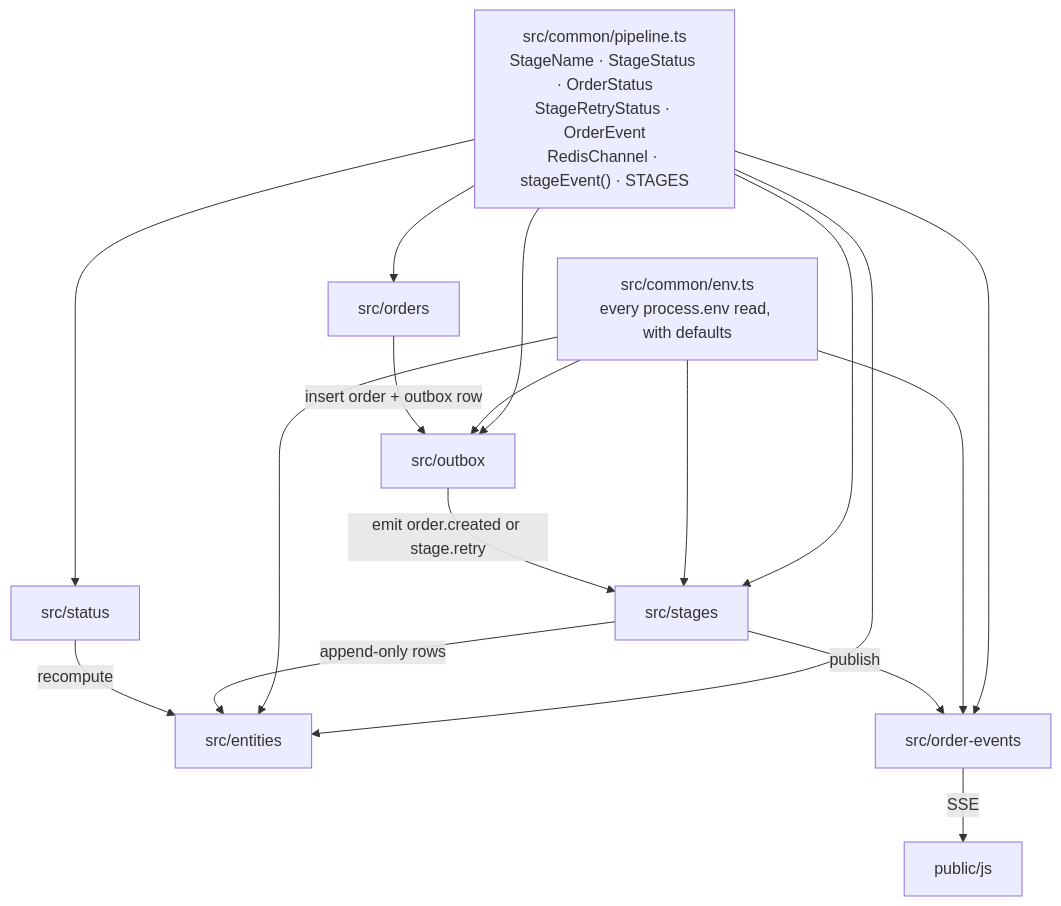
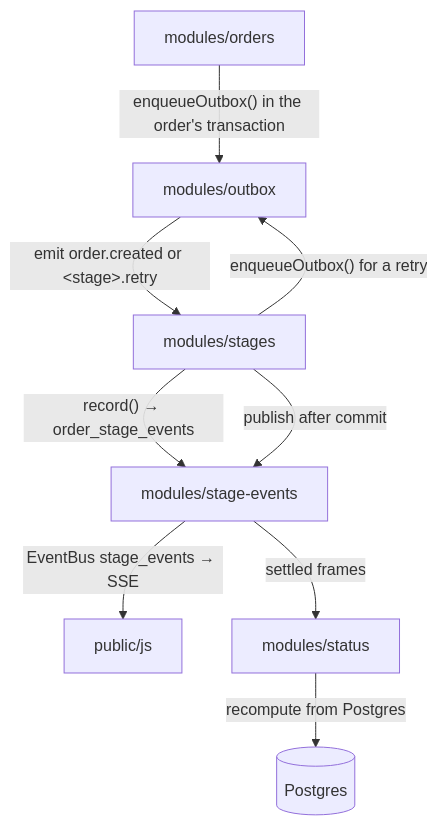
Before and after one commit to Mootaz12/order-outbox-lab: the sixth of 6 diagrams in README.md, drawn with Mermaid. The commit also changed other lines of this file and 94 other files, not shown here.

Commit message:
Switch to pnpm, modularize into feature folders, add typed config and EventBus, merge load generator

````diff
--- a/README.md
+++ b/README.md
@@ -249,23 +283,11 @@
 ```mermaid
 flowchart TD
-    pipeline["src/common/pipeline.ts<br/>StageName · StageStatus · OrderStatus<br/>StageRetryStatus · OrderEvent<br/>RedisChannel · stageEvent() · STAGES"]
-    env["src/common/env.ts<br/>every process.env read, with defaults"]
-
-    pipeline --> entities["src/entities"]
-    pipeline --> orders["src/orders"]
-    pipeline --> outbox["src/outbox"]
-    pipeline --> stages["src/stages"]
-    pipeline --> status["src/status"]
-    pipeline --> events["src/order-events"]
-    env --> outbox
-    env --> stages
-    env --> events
-    env --> entities
-
-    orders -->|"insert order + outbox row"| outbox
-    outbox -->|"emit order.created or stage.retry"| stages
-    stages -->|"append-only rows"| entities
-    stages -->|publish| events
-    events -->|SSE| dash["public/js"]
-    status -->|recompute| entities
+    orders["modules/orders"] -->|"enqueueOutbox() in the order's transaction"| outbox["modules/outbox"]
+    outbox -->|"emit order.created or &lt;stage&gt;.retry"| stages["modules/stages"]
+    stages -->|"enqueueOutbox() for a retry"| outbox
+    stages -->|"record() → order_stage_events"| events["modules/stage-events"]
+    stages -->|"publish after commit"| events
+    events -->|"EventBus stage_events → SSE"| dash["public/js"]
+    events -->|"settled frames"| status["modules/status"]
+    status -->|"recompute from Postgres"| db[("Postgres")]
 ```
````
